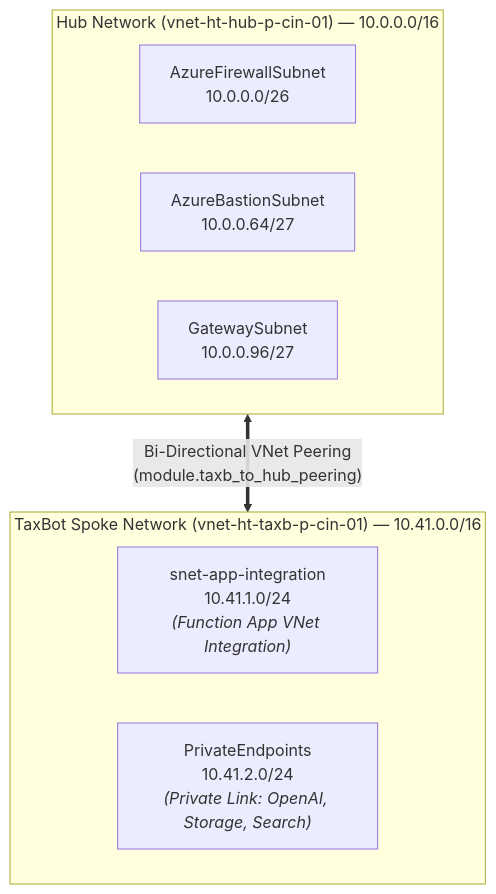
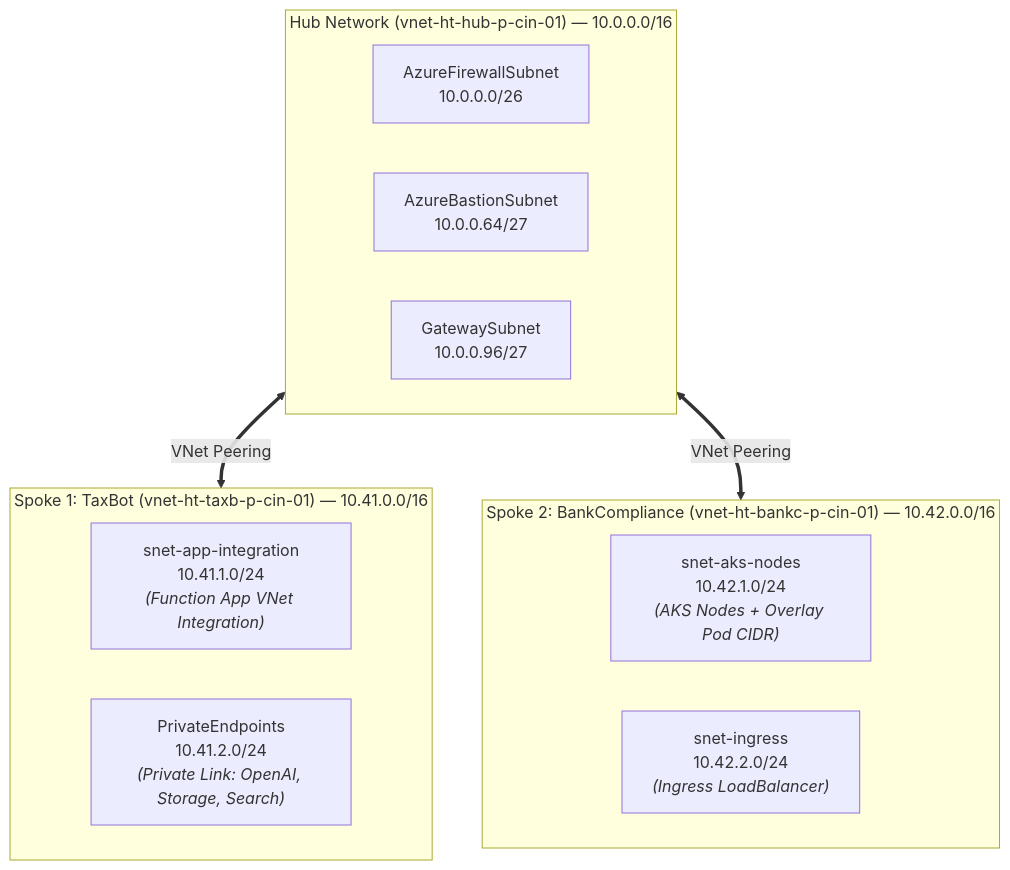
The second of 4 diagrams in docs/platform-guide/01-platform-overview.md (RepoCodeGanesh/terraform-azure-iac), drawn with Mermaid before and after one commit. The commit also changed other lines of this file and 14 other files, not shown here.

Commit message:
docs: add comprehensive project documentation and application guides for the bank-compliance and tax-advisor workloads

````diff
--- a/docs/platform-guide/01-platform-overview.md
+++ b/docs/platform-guide/01-platform-overview.md
@@ -65,15 +65,21 @@
 ```mermaid
 graph TD
     subgraph HubVNet ["Hub Network (vnet-ht-hub-p-cin-01) — 10.0.0.0/16"]
         FW["AzureFirewallSubnet<br>10.0.0.0/26"]
         BAS["AzureBastionSubnet<br>10.0.0.64/27"]
         GW["GatewaySubnet<br>10.0.0.96/27"]
     end
 
-    subgraph SpokeVNet ["TaxBot Spoke Network (vnet-ht-taxb-p-cin-01) — 10.41.0.0/16"]
+    subgraph SpokeTax ["Spoke 1: TaxBot (vnet-ht-taxb-p-cin-01) — 10.41.0.0/16"]
         SNET_APP["snet-app-integration<br>10.41.1.0/24<br><i>(Function App VNet Integration)</i>"]
         SNET_PE["PrivateEndpoints<br>10.41.2.0/24<br><i>(Private Link: OpenAI, Storage, Search)</i>"]
     end
 
-    HubVNet <== "Bi-Directional VNet Peering<br>(module.taxb_to_hub_peering)" ==> SpokeVNet
+    subgraph SpokeBank ["Spoke 2: BankCompliance (vnet-ht-bankc-p-cin-01) — 10.42.0.0/16"]
+        SNET_AKS["snet-aks-nodes<br>10.42.1.0/24<br><i>(AKS Nodes + Overlay Pod CIDR)</i>"]
+        SNET_ING["snet-ingress<br>10.42.2.0/24<br><i>(Ingress LoadBalancer)</i>"]
+    end
+
+    HubVNet <== "VNet Peering" ==> SpokeTax
+    HubVNet <== "VNet Peering" ==> SpokeBank
 ```
````
